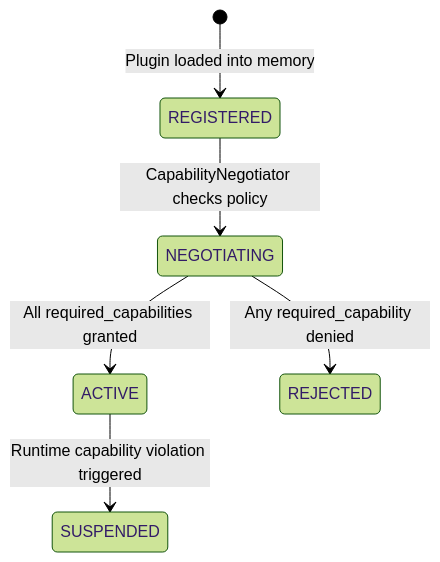
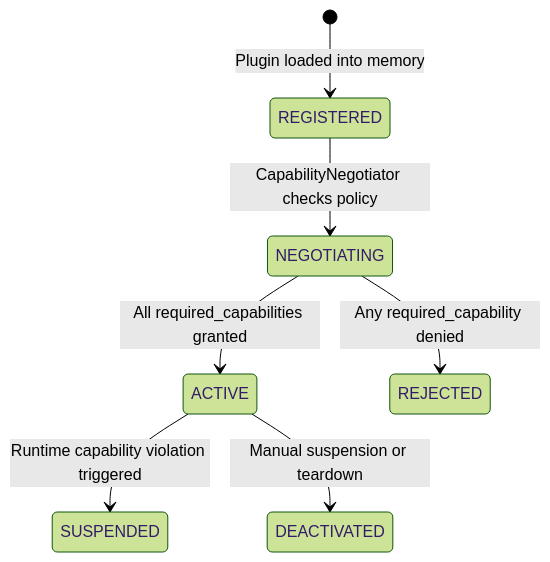
Before and after one commit to Iradukunda-Fils/Cortex: the diagram in docs/guides/manifest-specification.md, drawn with Mermaid (forest theme). The commit also changed other lines of this file and 45 other files, not shown here.

Commit message:
docs: Complete architecture documents, work registers, and specifications

````diff
--- a/docs/guides/manifest-specification.md
+++ b/docs/guides/manifest-specification.md
@@ -94,8 +94,9 @@
 ```mermaid
 stateDiagram-v2
     [*] --> REGISTERED: Plugin loaded into memory
     REGISTERED --> NEGOTIATING: CapabilityNegotiator checks policy
     NEGOTIATING --> ACTIVE: All required_capabilities granted
     NEGOTIATING --> REJECTED: Any required_capability denied
     ACTIVE --> SUSPENDED: Runtime capability violation triggered
+    ACTIVE --> DEACTIVATED: Manual suspension or teardown
 ```
````
